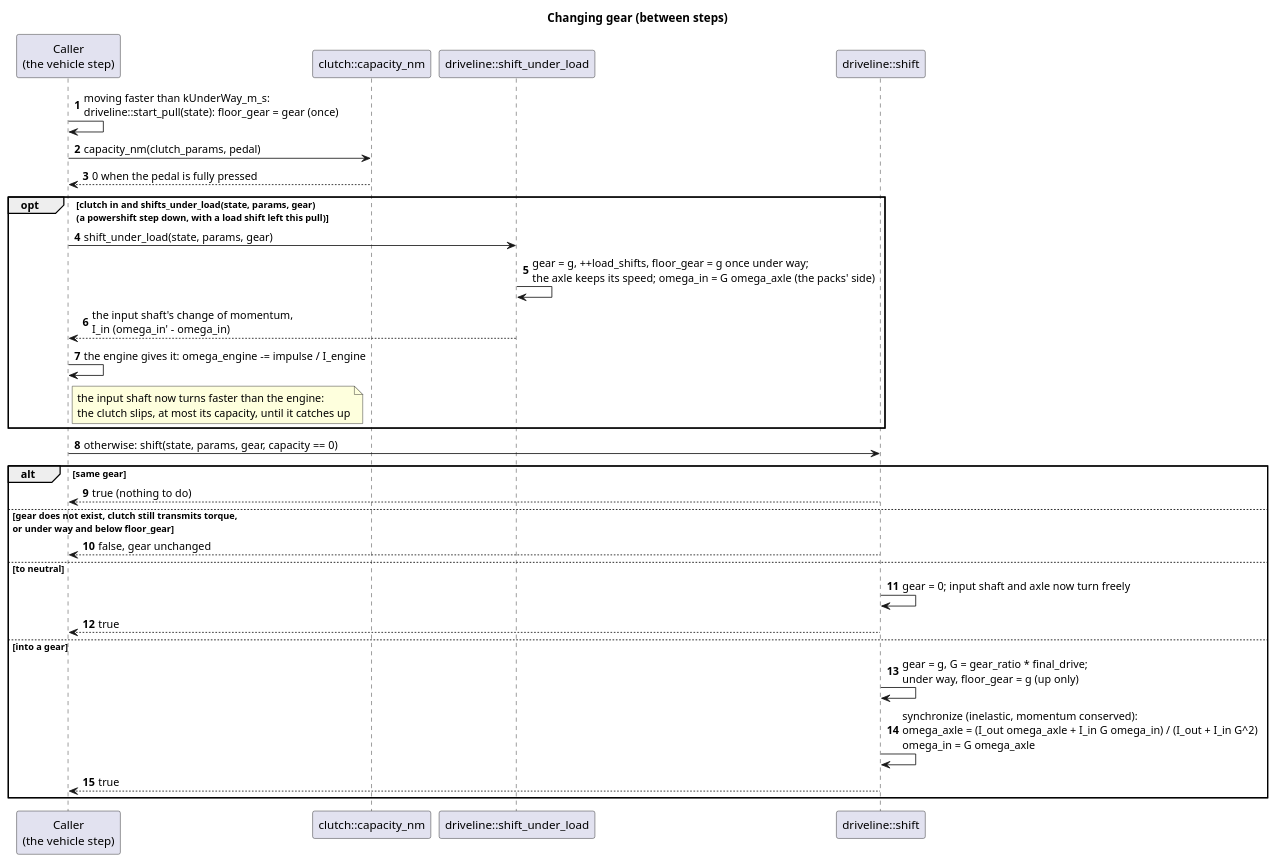
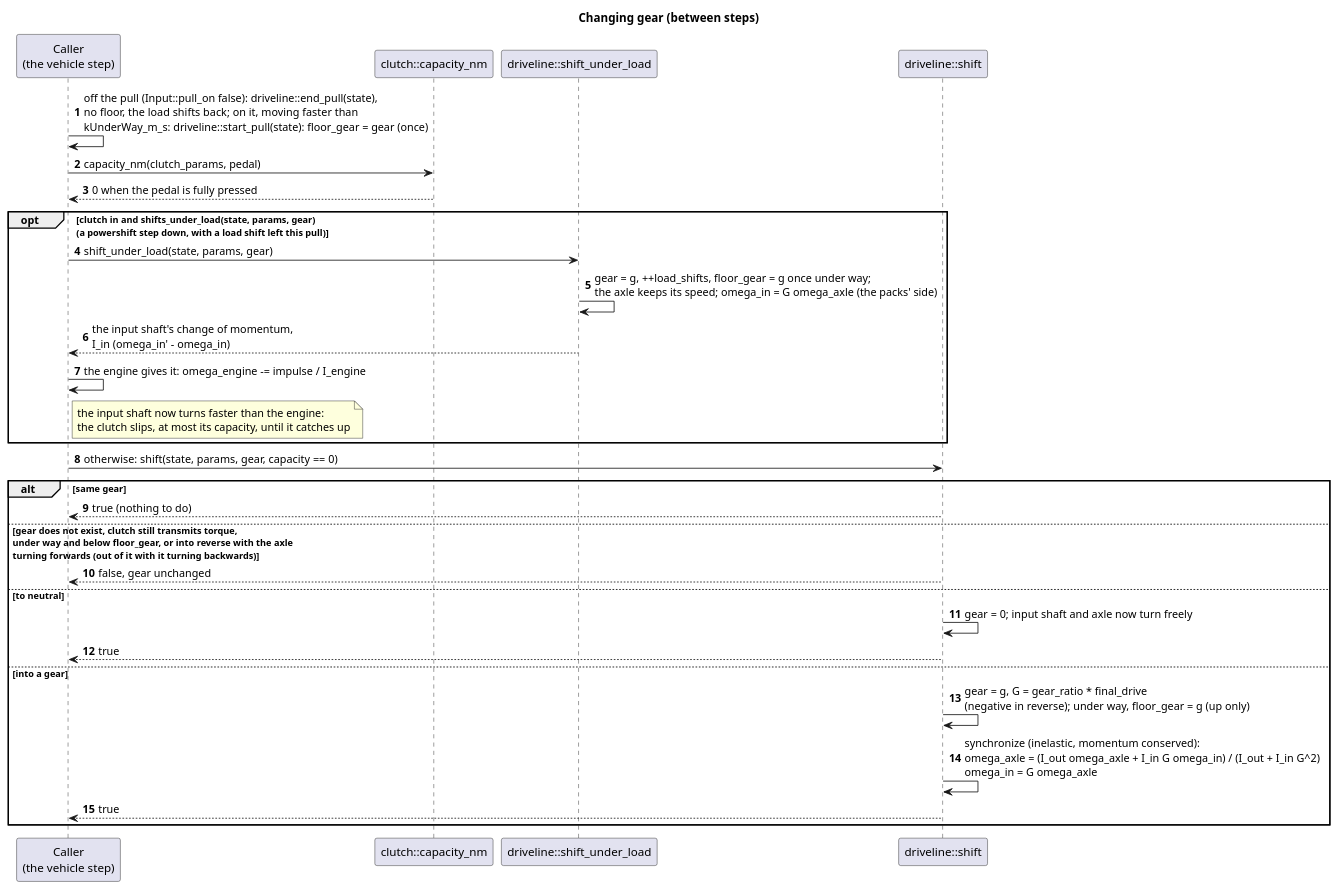
One commit to wversteeg/TractorPulling changed the diagram in docs/diagrams/gear_shift_sequence.puml. Above: the diagram before and after it, drawn with PlantUML. The commit also changed 37 other files, not shown here.

First line of the commit message:
Turn: the binding, docs and diagrams

```diff
--- a/docs/diagrams/gear_shift_sequence.puml
+++ b/docs/diagrams/gear_shift_sequence.puml
@@ -1,32 +1,32 @@
 @startuml gear_shift_sequence
 title Changing gear (between steps)
 autonumber
 participant "Caller\n(the vehicle step)" as Caller
 participant "clutch::capacity_nm" as Capacity
 participant "driveline::shift_under_load" as Load
 participant "driveline::shift" as Shift
 
-Caller -> Caller : moving faster than kUnderWay_m_s:\ndriveline::start_pull(state): floor_gear = gear (once)
+Caller -> Caller : off the pull (Input::pull_on false): driveline::end_pull(state),\nno floor, the load shifts back; on it, moving faster than\nkUnderWay_m_s: driveline::start_pull(state): floor_gear = gear (once)
 Caller -> Capacity : capacity_nm(clutch_params, pedal)
 Capacity --> Caller : 0 when the pedal is fully pressed
 opt clutch in and shifts_under_load(state, params, gear)\n(a powershift step down, with a load shift left this pull)
   Caller -> Load : shift_under_load(state, params, gear)
   Load -> Load : gear = g, ++load_shifts, floor_gear = g once under way;\nthe axle keeps its speed; omega_in = G omega_axle (the packs' side)
   Load --> Caller : the input shaft's change of momentum,\nI_in (omega_in' - omega_in)
   Caller -> Caller : the engine gives it: omega_engine -= impulse / I_engine
   note right of Caller : the input shaft now turns faster than the engine:\nthe clutch slips, at most its capacity, until it catches up
 end
 Caller -> Shift : otherwise: shift(state, params, gear, capacity == 0)
 alt same gear
   Shift --> Caller : true (nothing to do)
-else gear does not exist, clutch still transmits torque,\nor under way and below floor_gear
+else gear does not exist, clutch still transmits torque,\nunder way and below floor_gear, or into reverse with the axle\nturning forwards (out of it with it turning backwards)
   Shift --> Caller : false, gear unchanged
 else to neutral
   Shift -> Shift : gear = 0; input shaft and axle now turn freely
   Shift --> Caller : true
 else into a gear
-  Shift -> Shift : gear = g, G = gear_ratio * final_drive;\nunder way, floor_gear = g (up only)
+  Shift -> Shift : gear = g, G = gear_ratio * final_drive\n(negative in reverse); under way, floor_gear = g (up only)
   Shift -> Shift : synchronize (inelastic, momentum conserved):\nomega_axle = (I_out omega_axle + I_in G omega_in) / (I_out + I_in G^2)\nomega_in = G omega_axle
   Shift --> Caller : true
 end
 @enduml
```
